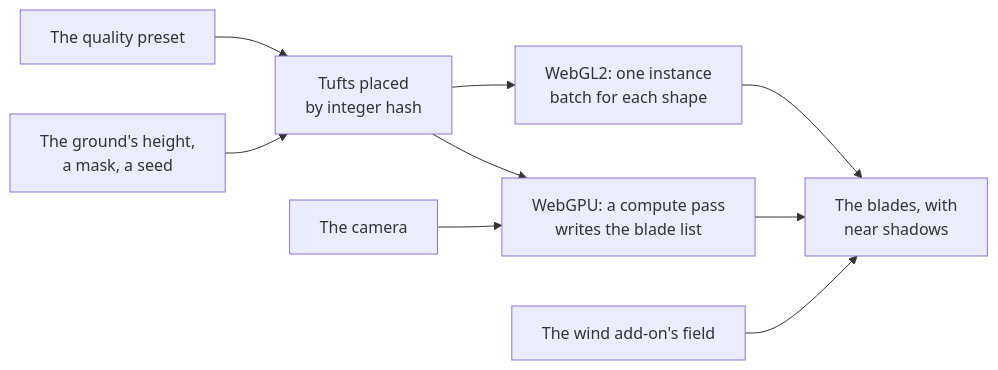
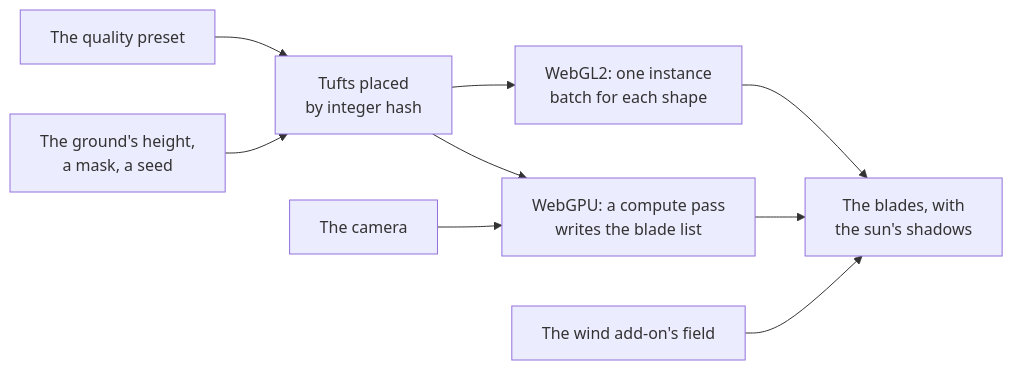
One commit to null3d-engine/null3d changed the diagram in docs/api/grass.md. Above: the diagram before and after it, drawn with Mermaid. The commit also changed other lines of this file and 175 other files, not shown here.

````diff
--- a/docs/api/grass.md
+++ b/docs/api/grass.md
@@ -13,11 +9,11 @@
 ```mermaid
 flowchart LR
     ground["The ground's height,<br/>a mask, a seed"] --> place["Tufts placed<br/>by integer hash"]
     place --> gpu["WebGPU: a compute pass<br/>writes the blade list"]
     place --> batch["WebGL2: one instance<br/>batch for each shape"]
     camera["The camera"] --> gpu
-    gpu --> draw["The blades, with<br/>near shadows"]
+    gpu --> draw["The blades, with<br/>the sun's shadows"]
     batch --> draw
     wind["The wind add-on's field"] --> draw
     preset["The quality preset"] --> place
 ```
````
